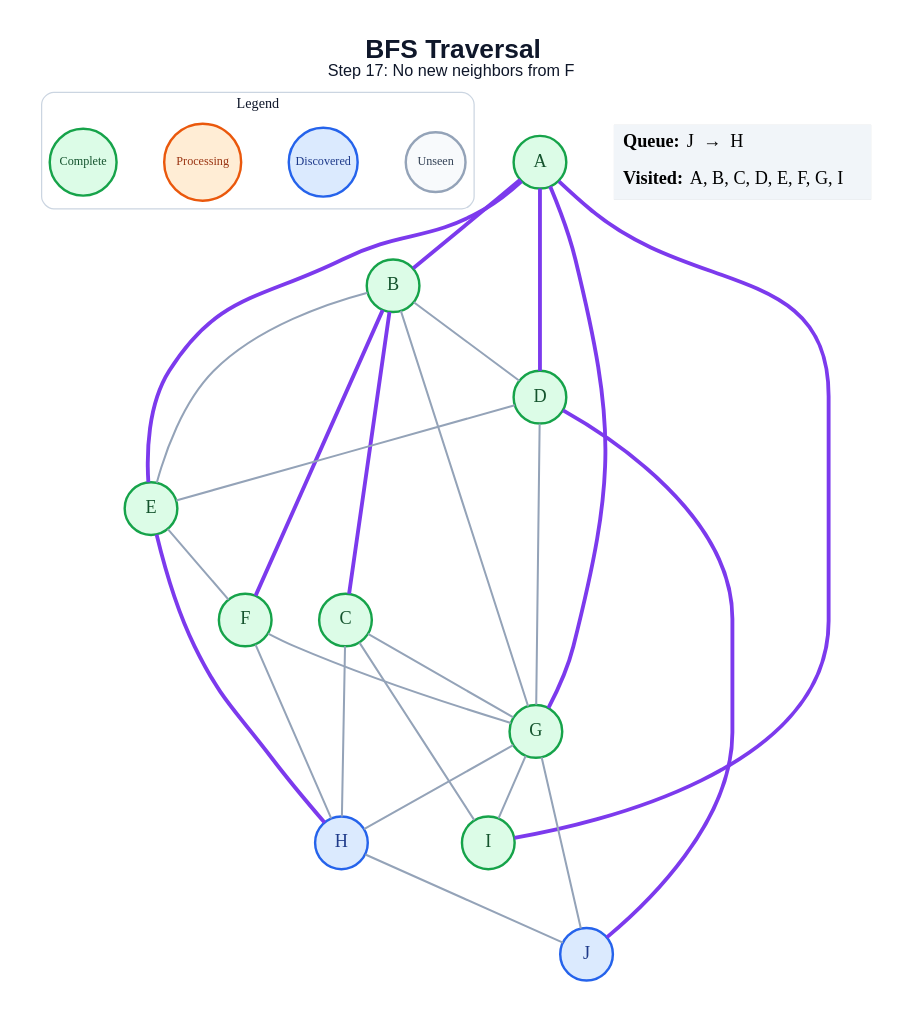
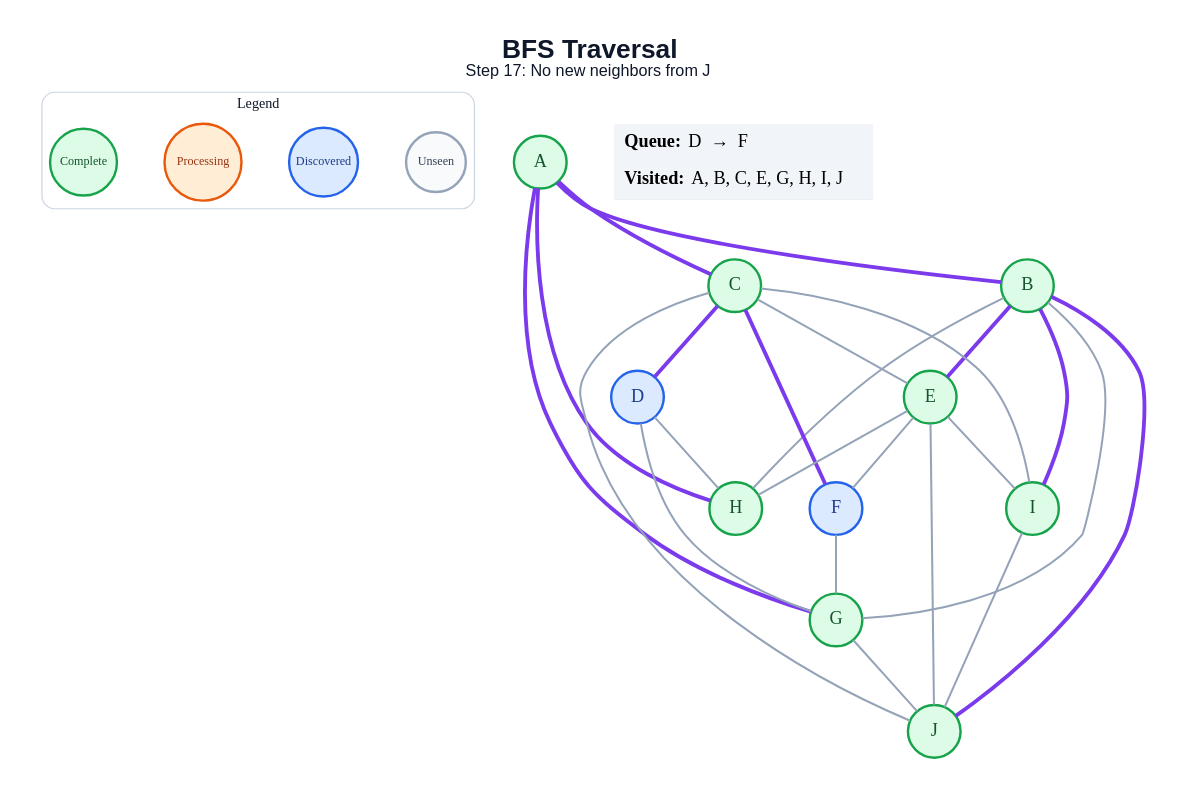
Before and after one commit to amanghodawala9/ai-slop: the diagram in generated/bfs/step_17.dot, drawn with Graphviz. The commit also changed 178 other files, not shown here.

```diff
--- a/generated/bfs/step_17.dot
+++ b/generated/bfs/step_17.dot
@@ -1,53 +1,52 @@
 graph traversal {
   graph [layout=dot, rankdir=TB, bgcolor="#FFFFFF", pad="0.35", nodesep="0.65", ranksep="0.8", fontname="Arial"];
   node [shape=circle, style="filled", fontname="Arial Bold", fontsize=18, width=0.72, fixedsize=true, penwidth=2.4];
   edge [color="#94A3B8", penwidth=2.0];
-  label=<<B>BFS Traversal</B><BR/><FONT POINT-SIZE="16">Step 17: No new neighbors from F</FONT>>; labelloc="t"; fontsize=26; fontname="Arial"; fontcolor="#0F172A";
+  label=<<B>BFS Traversal</B><BR/><FONT POINT-SIZE="16">Step 17: No new neighbors from J</FONT>>; labelloc="t"; fontsize=26; fontname="Arial"; fontcolor="#0F172A";
   subgraph cluster_legend { label="Legend"; color="#CBD5E1"; penwidth=1.2; style="rounded"; fontsize=14; fontname="Arial Bold";
     key_unseen [label="Unseen", fillcolor="#F8FAFC", color="#94A3B8", fontcolor="#334155", fontsize=12, width=0.82];
     key_frontier [label="Discovered", fillcolor="#DBEAFE", color="#2563EB", fontcolor="#1E3A8A", fontsize=12, width=0.95];
     key_current [label="Processing", fillcolor="#FFEDD5", color="#EA580C", fontcolor="#9A3412", fontsize=12, width=1.05];
     key_done [label="Complete", fillcolor="#DCFCE7", color="#16A34A", fontcolor="#14532D", fontsize=12, width=0.92];
     { rank=same; key_unseen; key_frontier; key_current; key_done; }
   }
   A [fillcolor="#DCFCE7", color="#16A34A", fontcolor="#14532D"];
   B [fillcolor="#DCFCE7", color="#16A34A", fontcolor="#14532D"];
   C [fillcolor="#DCFCE7", color="#16A34A", fontcolor="#14532D"];
-  D [fillcolor="#DCFCE7", color="#16A34A", fontcolor="#14532D"];
+  D [fillcolor="#DBEAFE", color="#2563EB", fontcolor="#1E3A8A"];
   E [fillcolor="#DCFCE7", color="#16A34A", fontcolor="#14532D"];
-  F [fillcolor="#DCFCE7", color="#16A34A", fontcolor="#14532D"];
+  F [fillcolor="#DBEAFE", color="#2563EB", fontcolor="#1E3A8A"];
   G [fillcolor="#DCFCE7", color="#16A34A", fontcolor="#14532D"];
-  H [fillcolor="#DBEAFE", color="#2563EB", fontcolor="#1E3A8A"];
+  H [fillcolor="#DCFCE7", color="#16A34A", fontcolor="#14532D"];
   I [fillcolor="#DCFCE7", color="#16A34A", fontcolor="#14532D"];
-  J [fillcolor="#DBEAFE", color="#2563EB", fontcolor="#1E3A8A"];
+  J [fillcolor="#DCFCE7", color="#16A34A", fontcolor="#14532D"];
   A -- B [color="#7C3AED", penwidth=3.8];
-  A -- D [color="#7C3AED", penwidth=3.8];
-  A -- E [color="#7C3AED", penwidth=3.8];
+  A -- C [color="#7C3AED", penwidth=3.8];
   A -- G [color="#7C3AED", penwidth=3.8];
-  A -- I [color="#7C3AED", penwidth=3.8];
-  B -- C [color="#7C3AED", penwidth=3.8];
-  B -- D;
-  B -- E;
-  B -- F [color="#7C3AED", penwidth=3.8];
+  A -- H [color="#7C3AED", penwidth=3.8];
+  B -- E [color="#7C3AED", penwidth=3.8];
   B -- G;
-  C -- G;
-  C -- H;
+  B -- H;
+  B -- I [color="#7C3AED", penwidth=3.8];
+  B -- J [color="#7C3AED", penwidth=3.8];
+  C -- D [color="#7C3AED", penwidth=3.8];
+  C -- E;
+  C -- F [color="#7C3AED", penwidth=3.8];
   C -- I;
-  D -- E;
+  C -- J;
   D -- G;
-  D -- J [color="#7C3AED", penwidth=3.8];
+  D -- H;
   E -- F;
-  E -- H [color="#7C3AED", penwidth=3.8];
+  E -- H;
+  E -- I;
+  E -- J;
   F -- G;
-  F -- H;
-  G -- H;
-  G -- I;
   G -- J;
-  H -- J;
+  I -- J;
   status [shape=plain, fixedsize=false, width=0, height=0, margin=0, label=<
     <TABLE BORDER="0" CELLBORDER="0" CELLPADDING="7" BGCOLOR="#F1F5F9">
-      <TR><TD ALIGN="LEFT"><B>Queue:</B> J  →  H</TD></TR>
-      <TR><TD ALIGN="LEFT"><B>Visited:</B> A, B, C, D, E, F, G, I</TD></TR>
+      <TR><TD ALIGN="LEFT"><B>Queue:</B> D  →  F</TD></TR>
+      <TR><TD ALIGN="LEFT"><B>Visited:</B> A, B, C, E, G, H, I, J</TD></TR>
     </TABLE>
   >];
 }
```
